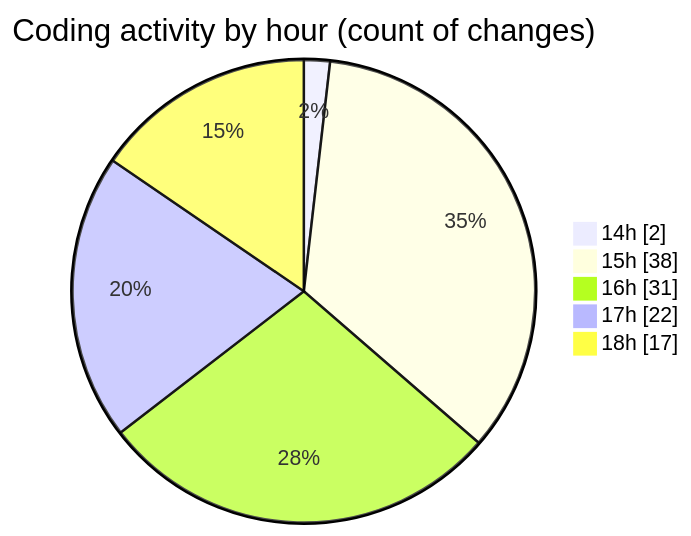
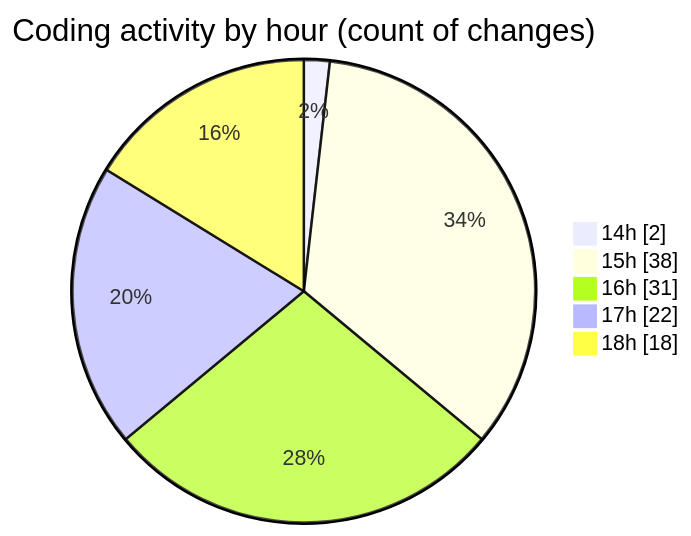
One commit to momahboobian/code-tracking changed the second of 2 diagrams in 2026-07-15/cda/README.md. Above: the diagram before and after it, drawn with Mermaid. The commit also changed other lines of this file and 1 other file, not shown here.

````diff
--- a/2026-07-15/cda/README.md
+++ b/2026-07-15/cda/README.md
@@ -62,9 +62,9 @@
 ```mermaid
 pie showData
 title Coding activity by hour (count of changes)
 "14h" : 2
 "15h" : 38
 "16h" : 31
 "17h" : 22
-"18h" : 17
+"18h" : 18
 ```
````
